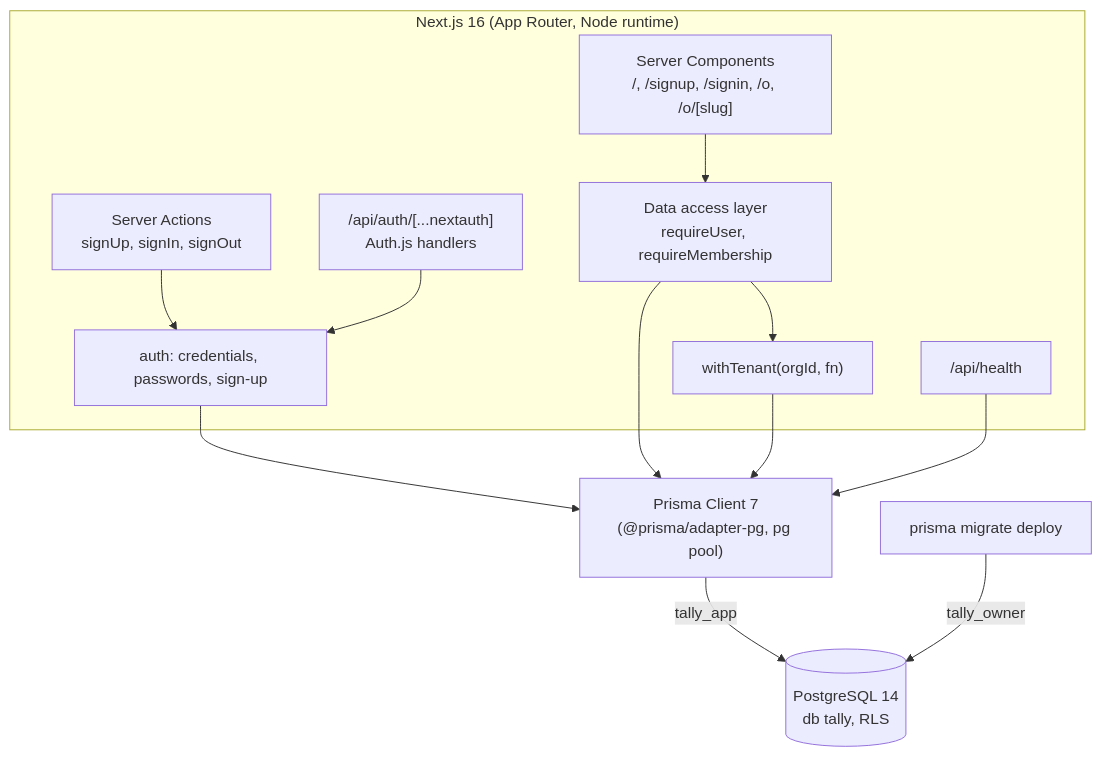
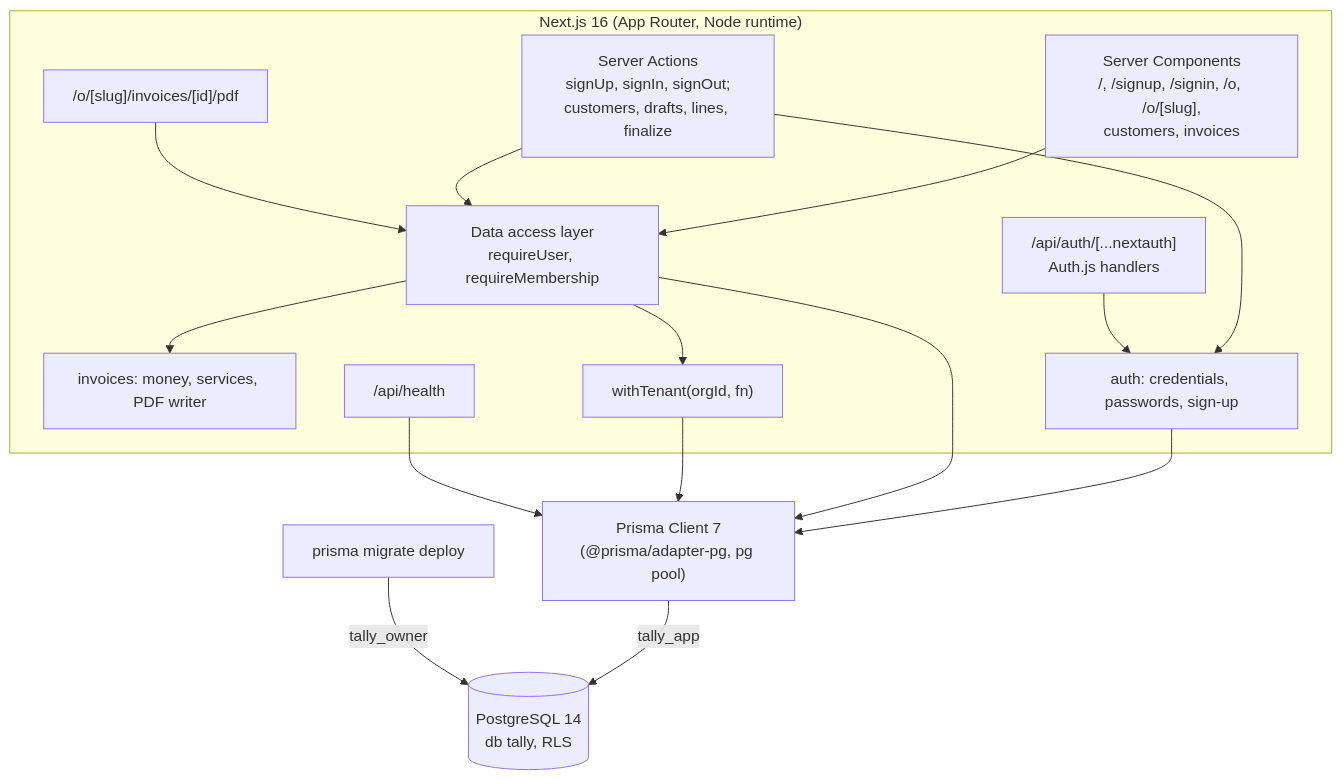
One commit to vivekdavara/tally changed the fourth of 4 diagrams in DESIGN.md. Above: the diagram before and after it, drawn with Mermaid. The commit also changed other lines of this file and 1 other file, not shown here.

First line of the commit message:
DESIGN: money, the invoice life cycle, gapless numbering, locks, PDFs

````diff
--- a/DESIGN.md
+++ b/DESIGN.md
@@ -233,22 +331,27 @@
 ```mermaid
 flowchart TB
     subgraph next["Next.js 16 (App Router, Node runtime)"]
-        pages["Server Components<br/>/, /signup, /signin, /o, /o/[slug]"]
-        actions["Server Actions<br/>signUp, signIn, signOut"]
+        pages["Server Components<br/>/, /signup, /signin, /o, /o/[slug],<br/>customers, invoices"]
+        actions["Server Actions<br/>signUp, signIn, signOut;<br/>customers, drafts, lines, finalize"]
+        pdf["/o/[slug]/invoices/[id]/pdf"]
+        invoices["invoices: money, services, PDF writer"]
         authroute["/api/auth/[...nextauth]<br/>Auth.js handlers"]
         health["/api/health"]
         dal["Data access layer<br/>requireUser, requireMembership"]
         tenant["withTenant(orgId, fn)"]
         authlib["auth: credentials, passwords, sign-up"]
     end
     pages --> dal
+    actions --> dal
+    pdf --> dal
+    dal --> invoices
     actions --> authlib
     authroute --> authlib
     dal --> tenant
     authlib --> prisma
     dal --> prisma
     tenant --> prisma["Prisma Client 7<br/>(@prisma/adapter-pg, pg pool)"]
     health --> prisma
     prisma -->|tally_app| db[("PostgreSQL 14<br/>db tally, RLS")]
     migrate["prisma migrate deploy"] -->|tally_owner| db
 ```
````
